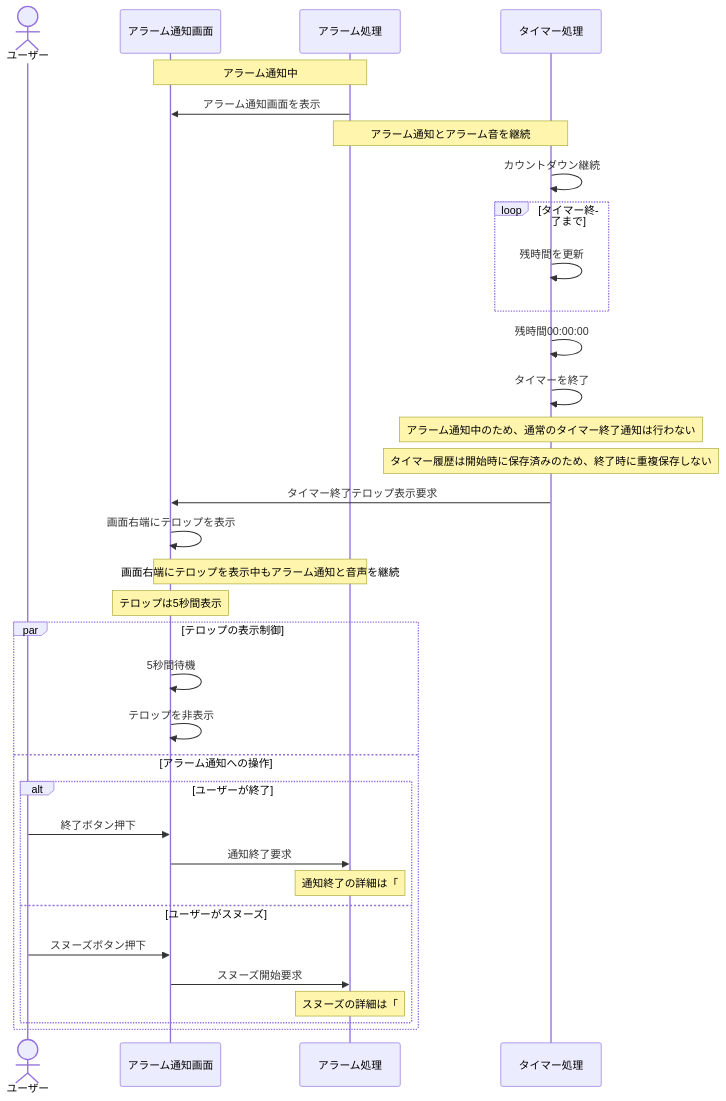
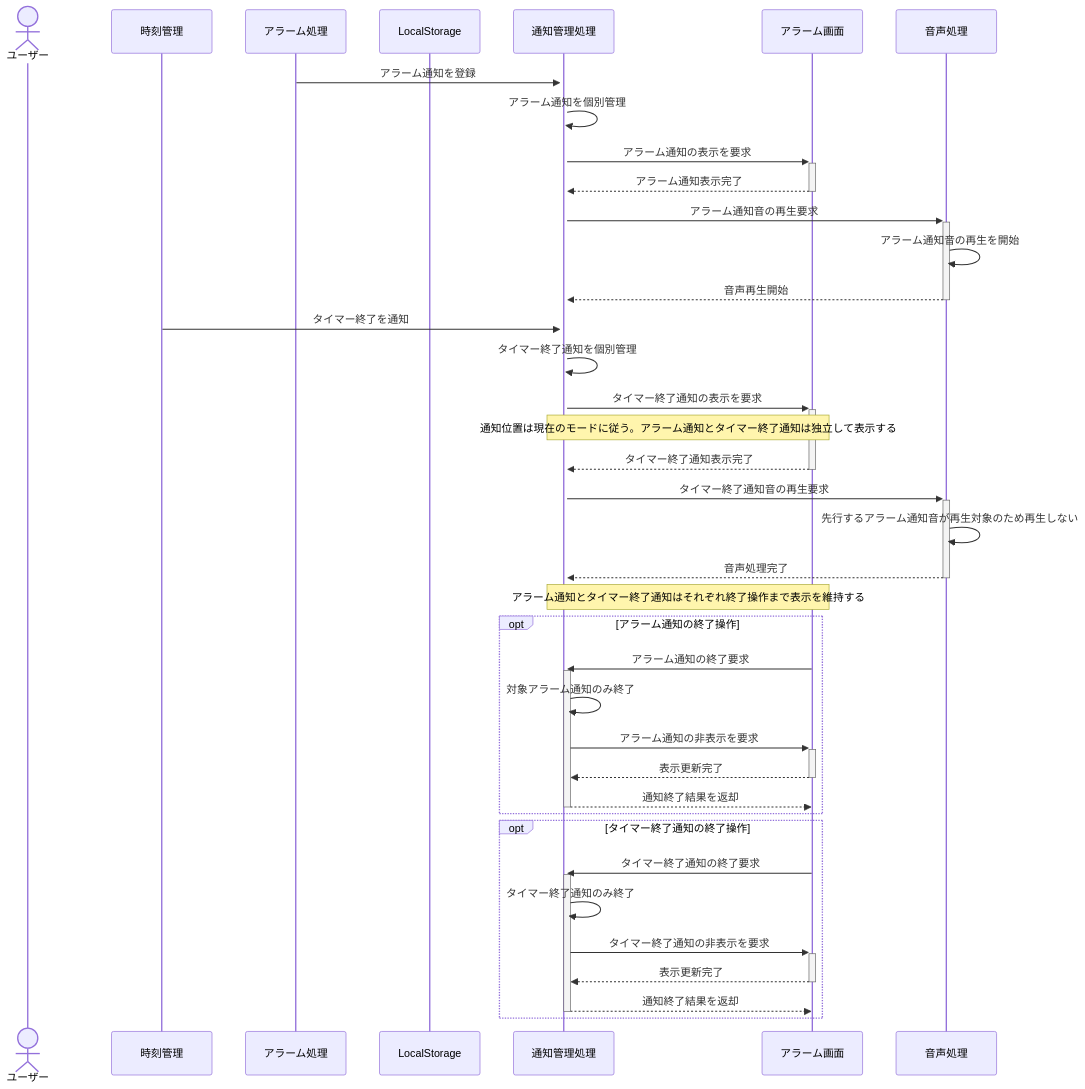
The fifth of 6 diagrams in document/設計/シーケンス図/アラームシーケンス図.md (shun62201234-crypto/timerApplication), drawn with Mermaid before and after one commit. The commit also changed other lines of this file, not shown here.

First line of the commit message:
アラーム関連シーケンス図の修正

````diff
--- a/document/設計/シーケンス図/アラームシーケンス図.md
+++ b/document/設計/シーケンス図/アラームシーケンス図.md
@@ -233,44 +198,47 @@
 ```mermaid
 sequenceDiagram
-    actor ユーザー
-    participant UI as アラーム通知画面
+    actor User as ユーザー
+    participant Clock as 時刻管理
     participant Alarm as アラーム処理
-    participant Timer as タイマー処理
+    participant Storage as LocalStorage
+    participant Notify as 通知管理処理
+    participant UI as アラーム画面
+    participant Audio as 音声処理
 
-    Note over UI,Alarm: アラーム通知中
-    Alarm->>UI: アラーム通知画面を表示
-    Note over Alarm,Timer: アラーム通知とアラーム音を継続
+    Alarm->>+Notify: アラーム通知を登録
+    Notify->>Notify: アラーム通知を個別管理
+    Notify->>+UI: アラーム通知の表示を要求
+    UI-->>-Notify: アラーム通知表示完了
 
-    Timer->>Timer: カウントダウン継続
+    Notify->>+Audio: アラーム通知音の再生要求
+    Audio->>Audio: アラーム通知音の再生を開始
+    Audio-->>-Notify: 音声再生開始
 
-    loop タイマー終了まで
-        Timer->>Timer: 残時間を更新
+    Clock->>Notify: タイマー終了を通知
+    Notify->>Notify: タイマー終了通知を個別管理
+    Notify->>+UI: タイマー終了通知の表示を要求
+    Note over Notify,UI: 通知位置は現在のモードに従う。アラーム通知とタイマー終了通知は独立して表示する
+    UI-->>-Notify: タイマー終了通知表示完了
+
+    Notify->>+Audio: タイマー終了通知音の再生要求
+    Audio->>Audio: 先行するアラーム通知音が再生対象のため再生しない
+    Audio-->>-Notify: 音声処理完了
+
+    Note over Notify,UI: アラーム通知とタイマー終了通知はそれぞれ終了操作まで表示を維持する
+
+    opt アラーム通知の終了操作
+        UI->>+Notify: アラーム通知の終了要求
+        Notify->>Notify: 対象アラーム通知のみ終了
+        Notify->>+UI: アラーム通知の非表示を要求
+        UI-->>-Notify: 表示更新完了
+        Notify-->>-UI: 通知終了結果を返却
     end
 
-    Timer->>Timer: 残時間00:00:00
-    Timer->>Timer: タイマーを終了
-
-    Note over Timer: アラーム通知中のため、通常のタイマー終了通知は行わない
-    Note over Timer: タイマー履歴は開始時に保存済みのため、終了時に重複保存しない
-
-    Timer->>UI: タイマー終了テロップ表示要求
-    UI->>UI: 画面右端にテロップを表示
-
-    Note over UI,Alarm: 画面右端にテロップを表示中もアラーム通知と音声を継続
-    Note over UI: テロップは5秒間表示
-
-    par  テロップの表示制御
-        UI->>UI: 5秒間待機
-        UI->>UI: テロップを非表示
-    and アラーム通知への操作
-        alt ユーザーが終了
-            ユーザー->>UI: 終了ボタン押下
-            UI->>Alarm: 通知終了要求
-            Note over Alarm: 通知終了の詳細は「## 4」で定義
-        else ユーザーがスヌーズ
-            ユーザー->>UI: スヌーズボタン押下
-            UI->>Alarm: スヌーズ開始要求
-            Note over Alarm: スヌーズの詳細は「## 4」で定義
-        end
+    opt タイマー終了通知の終了操作
+        UI->>+Notify: タイマー終了通知の終了要求
+        Notify->>Notify: タイマー終了通知のみ終了
+        Notify->>+UI: タイマー終了通知の非表示を要求
+        UI-->>-Notify: 表示更新完了
+        Notify-->>-UI: 通知終了結果を返却
     end
 ```
````
